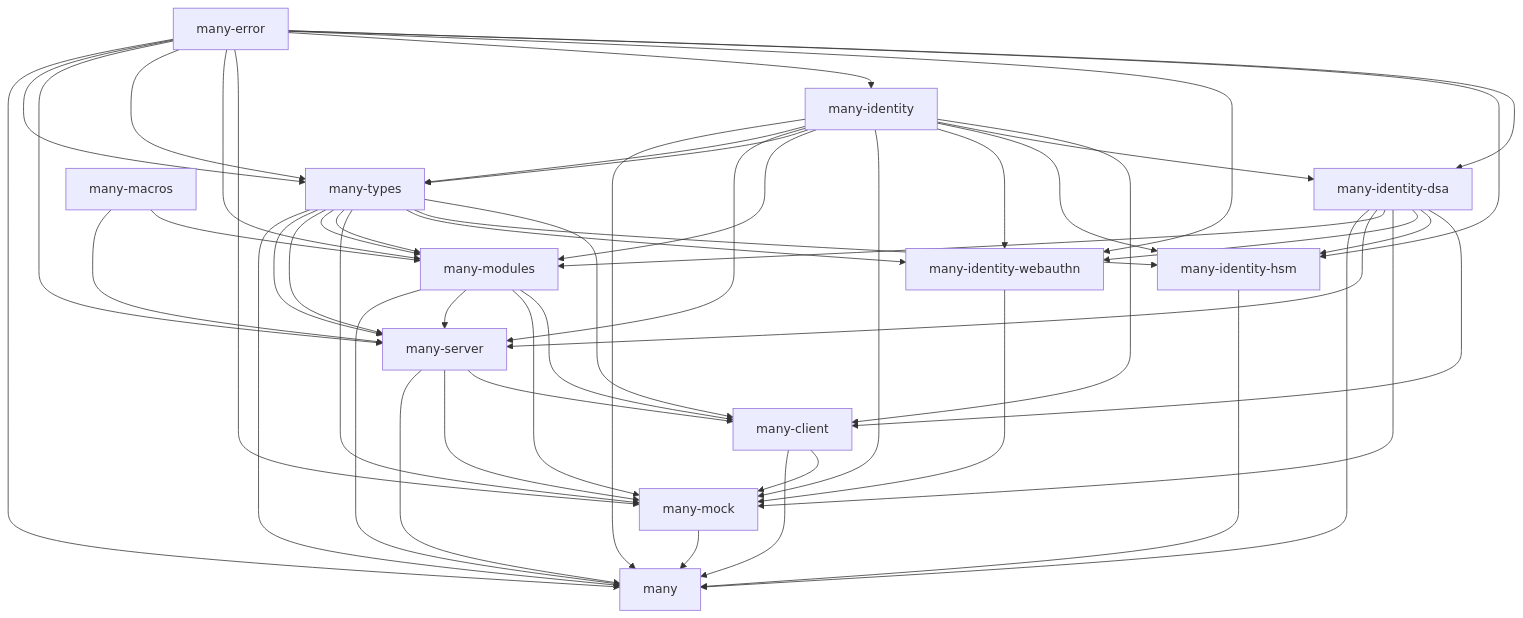
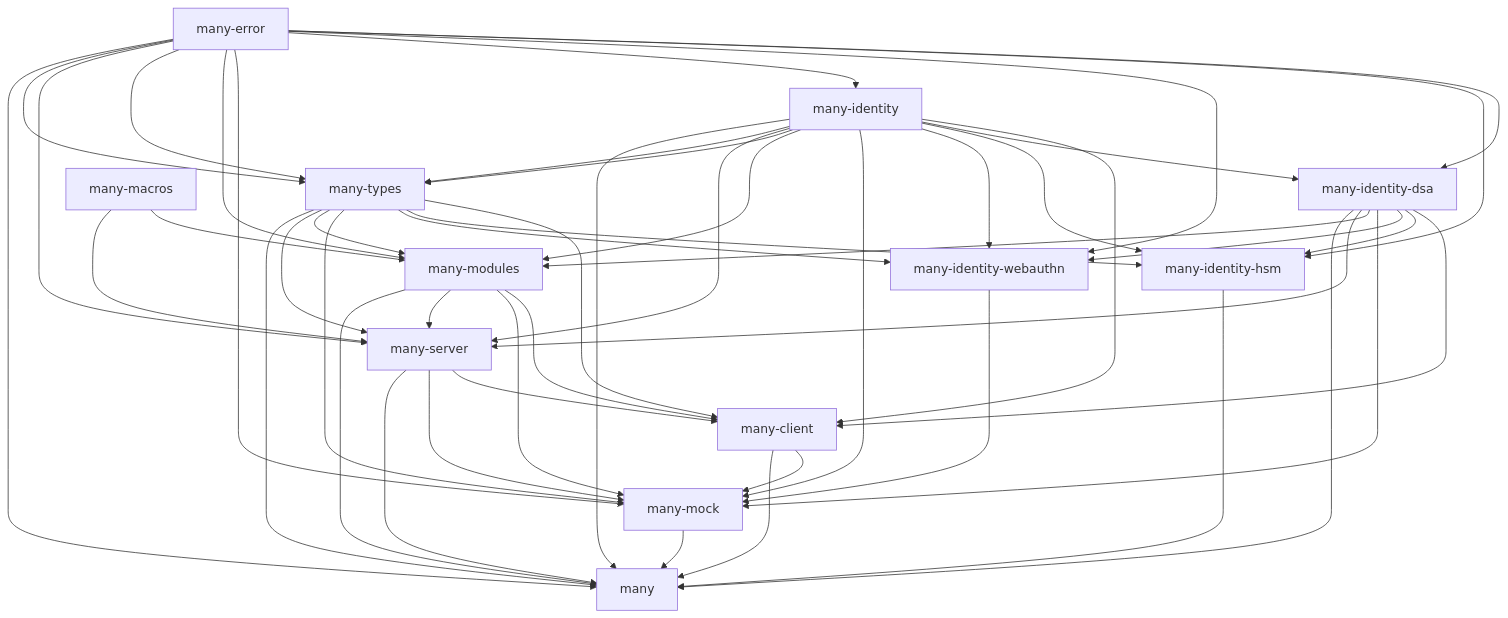
The diagram in README.md (liftedinit/many-rs), drawn with Mermaid before and after one commit. The commit also changed other lines of this file and 1 other file, not shown here.

Commit message:
Changes to README and bazel build to remove references to many-protocol and duplicate entries made as a result

````diff
--- a/README.md
+++ b/README.md
@@ -37,53 +37,51 @@
 ```mermaid
 graph TD;
   many-identity --> many-client;
   many-identity-dsa --> many-client;
   many-modules --> many-client;
   many-types --> many-client;
   many-server --> many-client;
   many-error --> many-identity-dsa;
   many-identity --> many-identity-dsa;
   many-error --> many-identity-hsm;
   many-identity --> many-identity-hsm;
   many-identity-dsa --> many-identity-hsm;
   many-types --> many-identity-hsm;
   many-error --> many-identity-webauthn;
   many-identity --> many-identity-webauthn;
   many-identity-dsa --> many-identity-webauthn;
   many-types --> many-identity-webauthn;
   many-error --> many-identity;
   many-client --> many-mock;
   many-error --> many-mock;
   many-identity --> many-mock;
   many-identity-dsa --> many-mock;
   many-identity-webauthn --> many-mock;
   many-modules --> many-mock;
   many-types --> many-mock;
   many-server --> many-mock;
   many-error --> many-modules;
   many-identity --> many-modules;
   many-identity-dsa --> many-modules;
   many-macros --> many-modules;
   many-types --> many-modules;
-  many-types --> many-modules;
   many-error --> many-types;
   many-identity --> many-types;
   many-error --> many-server;
   many-identity --> many-server;
   many-identity-dsa --> many-server;
   many-macros --> many-server;
   many-modules --> many-server;
-  many-types --> many-server;
   many-types --> many-server;
   many-error --> many-types;
   many-identity --> many-types;
   many-client --> many;
   many-error --> many;
   many-identity --> many;
   many-identity-dsa --> many;
   many-identity-hsm --> many;
   many-mock --> many;
   many-modules --> many;
   many-server --> many;
   many-types --> many;
 ```
````
